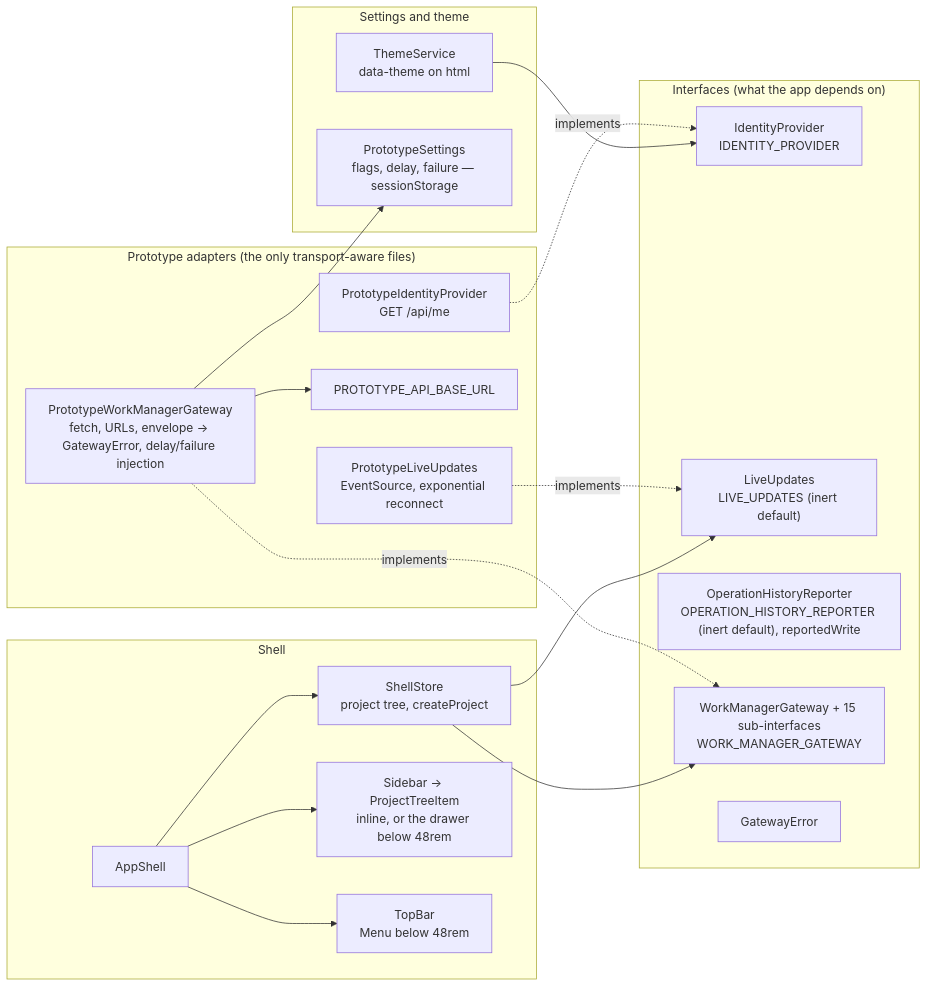
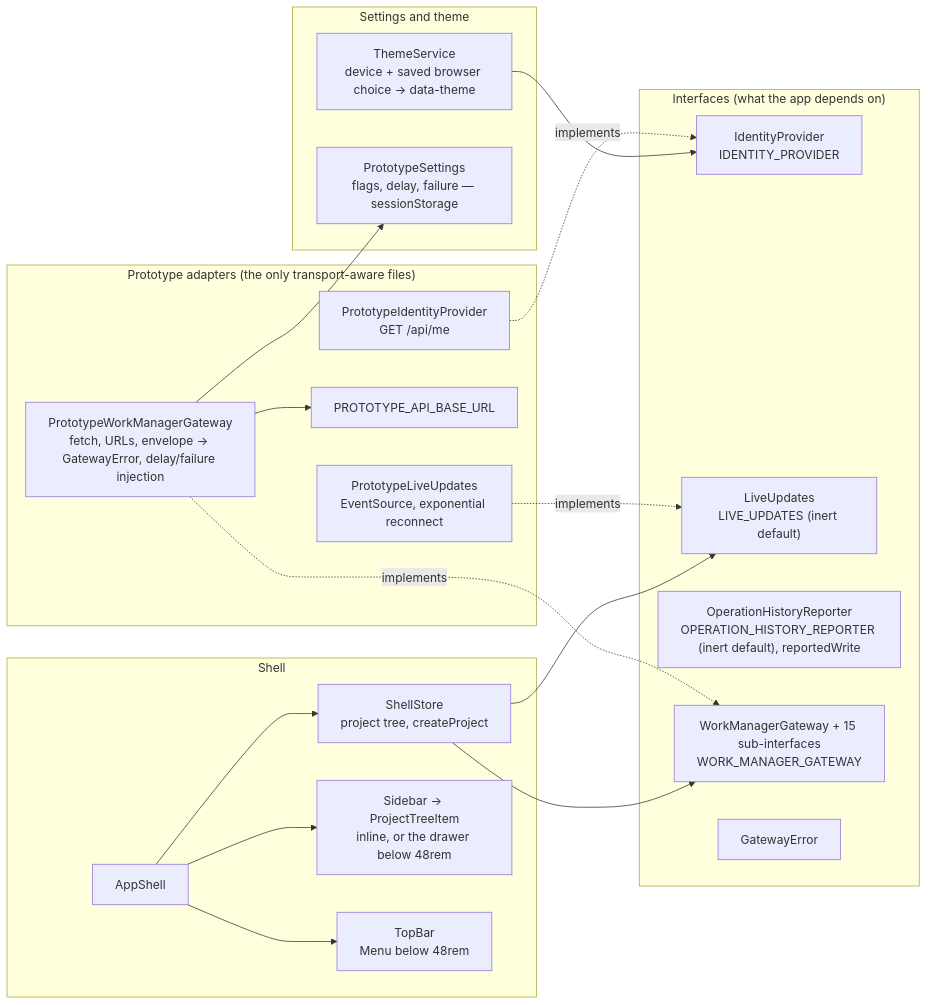
One commit to CalciteDragon/Canvas-work-manager-prototype changed the first of 2 diagrams in docs/architecture/web/core/what.md. Above: the diagram before and after it, drawn with Mermaid. The commit also changed 25 other files, not shown here.

Commit message:
Slice 71: follow device theme and persist explicit choices (§22)

````diff
--- a/docs/architecture/web/core/what.md
+++ b/docs/architecture/web/core/what.md
@@ -5,35 +5,35 @@
 ```mermaid
 flowchart LR
   subgraph ports["Interfaces (what the app depends on)"]
     id["IdentityProvider<br/>IDENTITY_PROVIDER"]
     lu["LiveUpdates<br/>LIVE_UPDATES (inert default)"]
     rep["OperationHistoryReporter<br/>OPERATION_HISTORY_REPORTER (inert default), reportedWrite"]
     gw["WorkManagerGateway + 15 sub-interfaces<br/>WORK_MANAGER_GATEWAY"]
     err["GatewayError"]
   end
   subgraph adapters["Prototype adapters (the only transport-aware files)"]
     pid["PrototypeIdentityProvider<br/>GET /api/me"]
     pgw["PrototypeWorkManagerGateway<br/>fetch, URLs, envelope → GatewayError, delay/failure injection"]
     cfg["PROTOTYPE_API_BASE_URL"]
     plu["PrototypeLiveUpdates<br/>EventSource, exponential reconnect"]
   end
   subgraph settings["Settings and theme"]
-    th["ThemeService<br/>data-theme on html"]
+    th["ThemeService<br/>device + saved browser choice → data-theme"]
     ps["PrototypeSettings<br/>flags, delay, failure — sessionStorage"]
   end
   subgraph shell["Shell"]
     as["AppShell"]
     ss["ShellStore<br/>project tree, createProject"]
     sb["Sidebar → ProjectTreeItem<br/>inline, or the drawer below 48rem"]
     tb["TopBar<br/>Menu below 48rem"]
   end
   pgw -. implements .-> gw
   pid -. implements .-> id
   plu -. implements .-> lu
   pgw --> cfg
   pgw --> ps
   as --> ss --> gw
   ss --> lu
   as --> sb & tb
   th --> id
 ```
````
